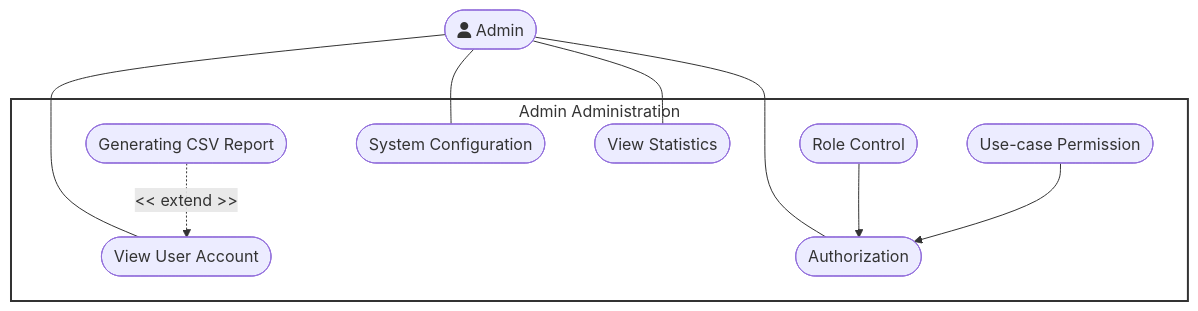
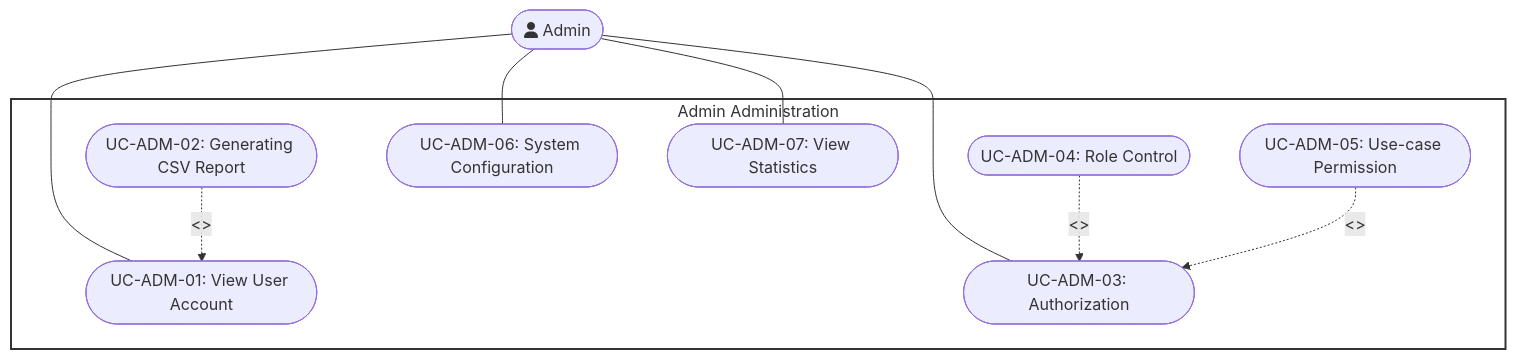
The ninth of 9 diagrams in docs/management/PA3/Use-CaseDiagram.md (DuyNhat1705/AmeThyst-Library), drawn with Mermaid before and after one commit. The commit also changed other lines of this file and 67 other files, not shown here.

Commit message:
update the Usecase specification and diagram

````diff
--- a/docs/management/PA3/Use-CaseDiagram.md
+++ b/docs/management/PA3/Use-CaseDiagram.md
@@ -364,19 +365,21 @@
 ```mermaid
 flowchart TD
  subgraph AdminAdministration["Admin Administration"]
-        UC1(["View User Account"])
-        UC2(["Generating CSV Report"])
-        UC3(["Authorization"])
-        UC4(["Role Control"])
-        UC5(["Use-case Permission"])
-        UC6(["System Configuration"])
-        UC7(["View Statistics"])
+        UC1(["UC-ADM-01: View User Account"])
+        UC2(["UC-ADM-02: Generating CSV Report"])
+        UC3(["UC-ADM-03: Authorization"])
+        UC4(["UC-ADM-04: Role Control"])
+        UC5(["UC-ADM-05: Use-case Permission"])
+        UC6(["UC-ADM-06: System Configuration"])
+        UC7(["UC-ADM-07: View Statistics"])
   end
     Admin(["fa:fa-user Admin"]) ~~~~ AdminAdministration
     Admin --- UC1 & UC3 & UC6 & UC7
-    UC2 -. &lt;&lt; extend &gt;&gt; .-> UC1
-    UC4 --> UC3
-    UC5 --> UC3
+    
+    %% Fixed: Changed from generalization (-->) to <<include>>
+    UC2 -. "<<extend>>" .-> UC1
+    UC4 -. "<<include>>" .-> UC3
+    UC5 -. "<<include>>" .-> UC3
 
     style AdminAdministration fill:#fff,stroke:#333,stroke-width:2px
 ```
````
